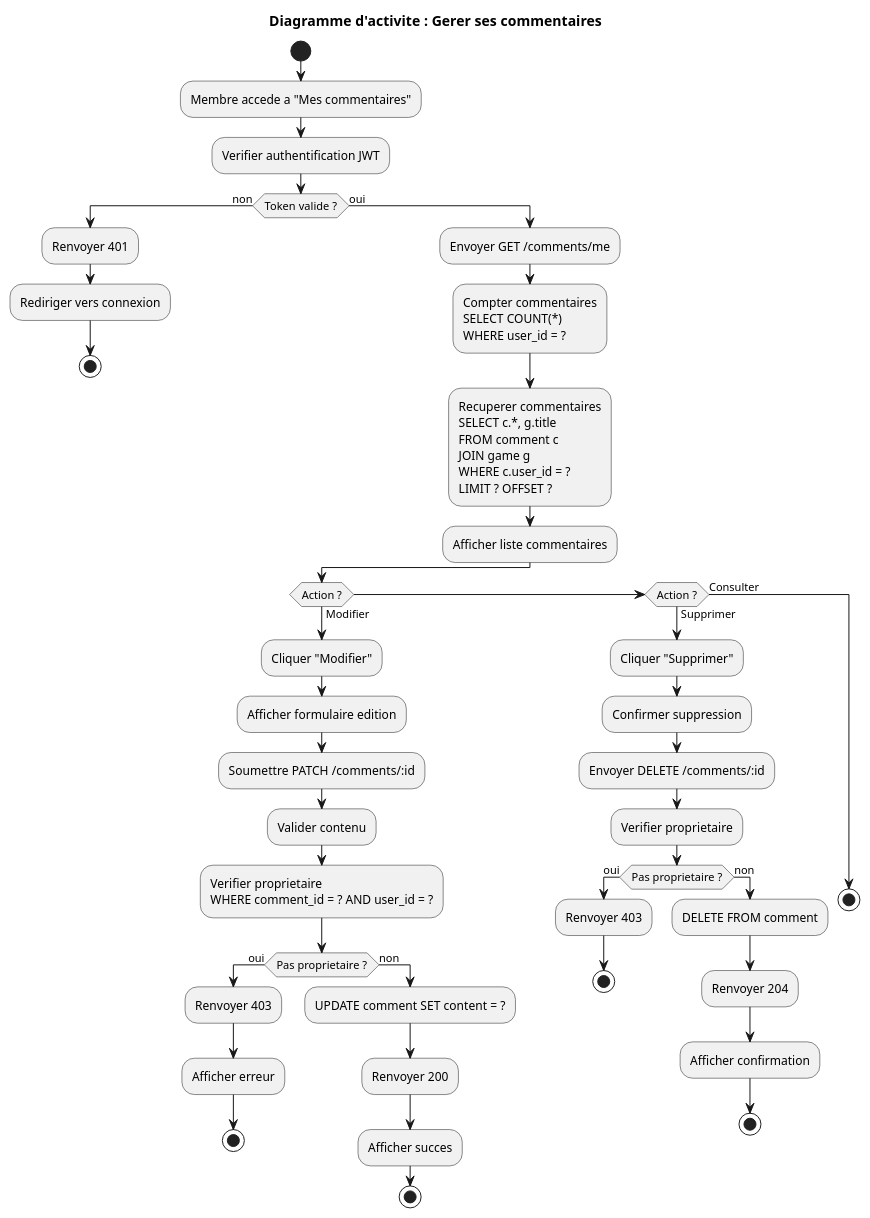
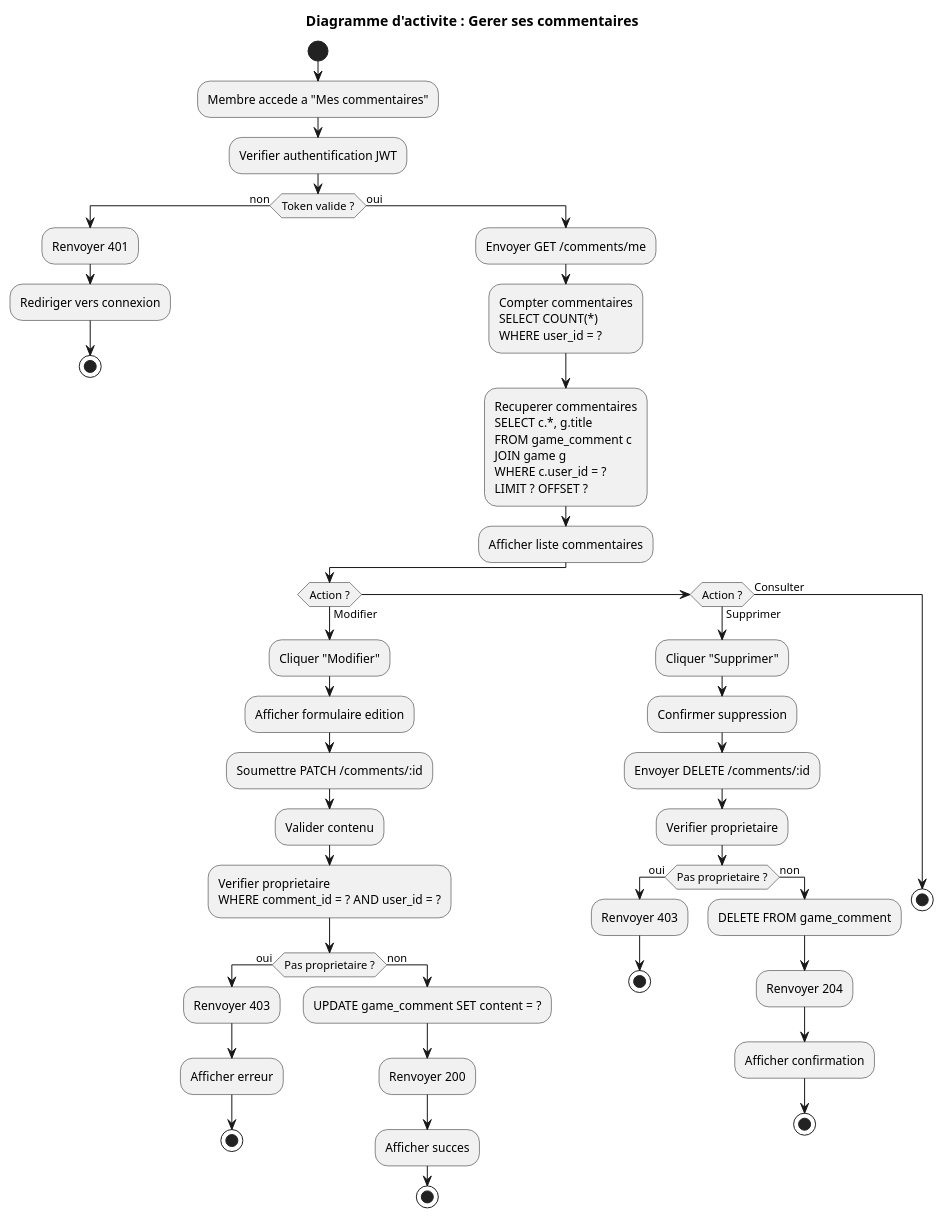
One commit to Zodiarche/MyGameList changed the diagram in uml/activity/manage-comments.puml. Above: the diagram before and after it, drawn with PlantUML. The commit also changed 52 other files, not shown here.

Commit message:
Ajout de tests BDD + ajustements des diagrammes selon le MPD

```diff
--- a/uml/activity/manage-comments.puml
+++ b/uml/activity/manage-comments.puml
@@ -1,62 +1,62 @@
 @startuml Activity_GererCommentaires
 title Diagramme d'activite : Gerer ses commentaires
 
 start
 
 :Membre accede a "Mes commentaires";
 
 :Verifier authentification JWT;
 
 if (Token valide ?) then (non)
   :Renvoyer 401;
   :Rediriger vers connexion;
   stop
 else (oui)
   :Envoyer GET /comments/me;
-  
+
   :Compter commentaires\nSELECT COUNT(*)\nWHERE user_id = ?;
-  
-  :Recuperer commentaires\nSELECT c.*, g.title\nFROM comment c\nJOIN game g\nWHERE c.user_id = ?\nLIMIT ? OFFSET ?;
-  
+
+  :Recuperer commentaires\nSELECT c.*, g.title\nFROM game_comment c\nJOIN game g\nWHERE c.user_id = ?\nLIMIT ? OFFSET ?;
+
   :Afficher liste commentaires;
-  
+
   if (Action ?) then (Modifier)
     :Cliquer "Modifier";
     :Afficher formulaire edition;
     :Soumettre PATCH /comments/:id;
     :Valider contenu;
     :Verifier proprietaire\nWHERE comment_id = ? AND user_id = ?;
-    
+
     if (Pas proprietaire ?) then (oui)
       :Renvoyer 403;
       :Afficher erreur;
       stop
     else (non)
-      :UPDATE comment SET content = ?;
+      :UPDATE game_comment SET content = ?;
       :Renvoyer 200;
       :Afficher succes;
       stop
     endif
-    
+
   elseif (Action ?) then (Supprimer)
     :Cliquer "Supprimer";
     :Confirmer suppression;
     :Envoyer DELETE /comments/:id;
     :Verifier proprietaire;
-    
+
     if (Pas proprietaire ?) then (oui)
       :Renvoyer 403;
       stop
     else (non)
-      :DELETE FROM comment;
+      :DELETE FROM game_comment;
       :Renvoyer 204;
       :Afficher confirmation;
       stop
     endif
-    
+
   else (Consulter)
     stop
   endif
 endif
 
 @enduml
```
